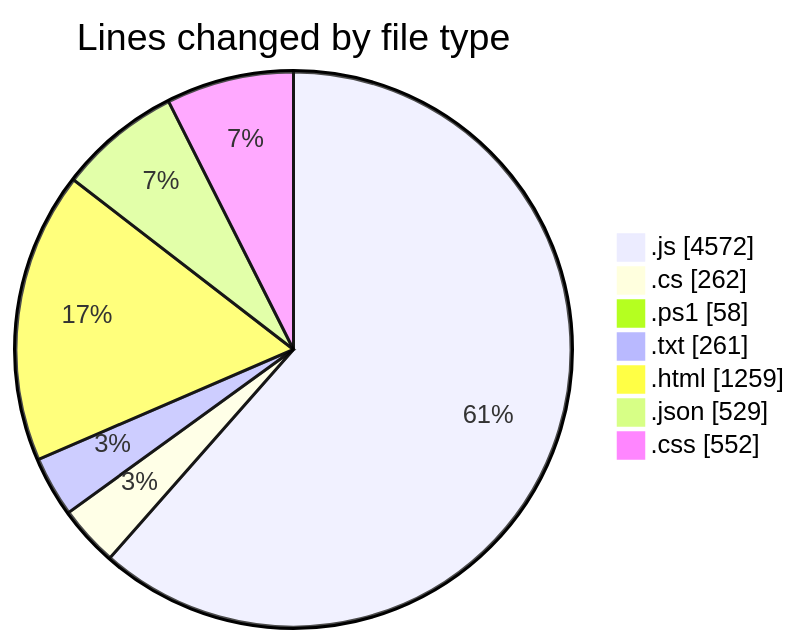
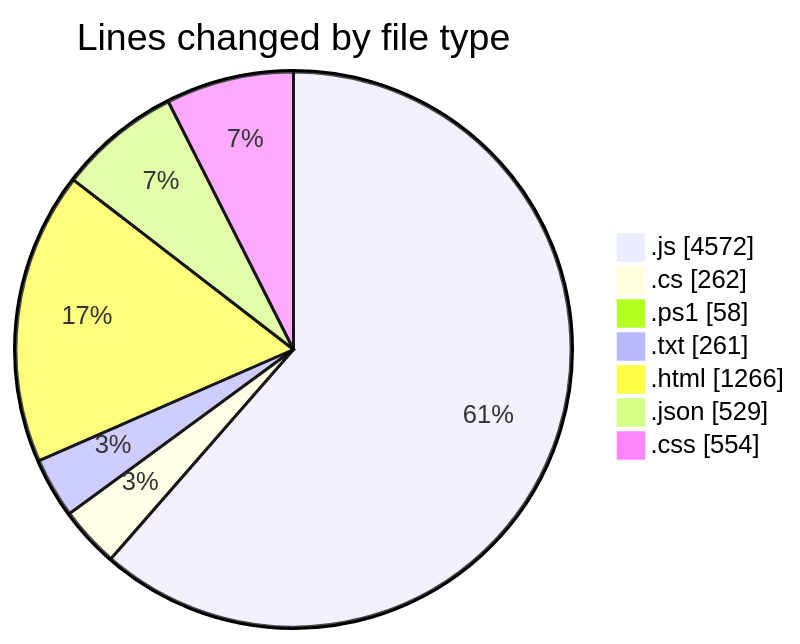
One commit to becaeroporto-bot/code-tracking changed the first of 2 diagrams in 2026-02-17/bot_v1_2/README.md. Above: the diagram before and after it, drawn with Mermaid. The commit also changed other lines of this file and 1 other file, not shown here.

````diff
--- a/2026-02-17/bot_v1_2/README.md
+++ b/2026-02-17/bot_v1_2/README.md
@@ -38,11 +38,11 @@
 ```mermaid
 pie showData
 title Lines changed by file type
 ".js" : 4572
 ".cs" : 262
 ".ps1" : 58
 ".txt" : 261
-".html" : 1259
+".html" : 1266
 ".json" : 529
-".css" : 552
+".css" : 554
 ```
````
